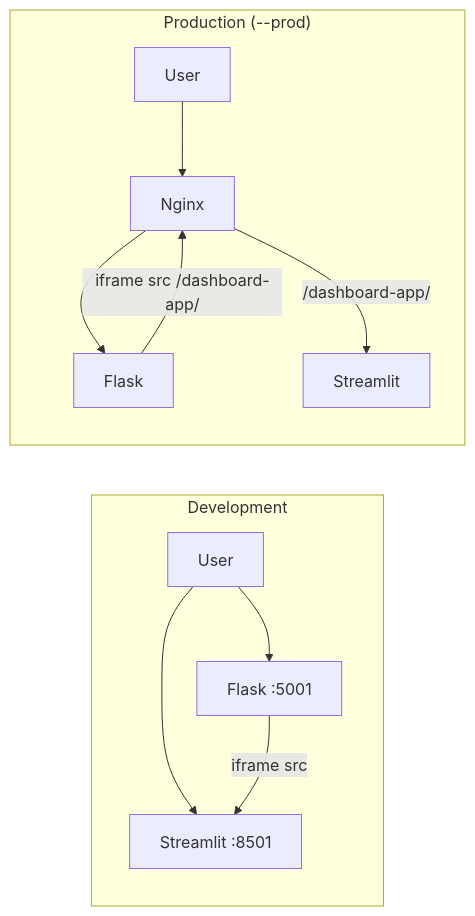
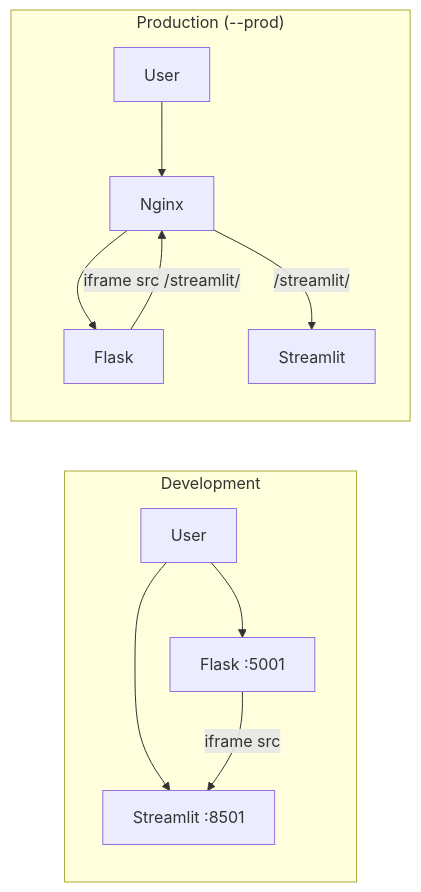
The seventh of 7 diagrams in docs/ARCHITECTURE_DIAGRAM.md (ramadlana/streamlit-starter), drawn with Mermaid before and after one commit. The commit also changed other lines of this file and 12 other files, not shown here.

Commit message:
refactor: Remove AGENTS.md, DESIGN_SYSTEM.md, FRAMEWORK_GUIDE.md, and SPECS.md; update README.md to reflect changes in architecture and environment setup, including new Streamlit proxy path and installation instructions.

````diff
--- a/docs/ARCHITECTURE_DIAGRAM.md
+++ b/docs/ARCHITECTURE_DIAGRAM.md
@@ -198,22 +198,22 @@
 ```mermaid
 flowchart LR
     subgraph dev["Development"]
         U1[User]
         F1[Flask :5001]
         S1[Streamlit :8501]
         U1 --> F1
         U1 --> S1
         F1 -->|iframe src| S1
     end
 
     subgraph prod["Production (--prod)"]
         U2[User]
         Nginx[Nginx]
         F2[Flask]
         S2[Streamlit]
         U2 --> Nginx
         Nginx --> F2
-        Nginx -->|/dashboard-app/| S2
-        F2 -->|iframe src /dashboard-app/| Nginx
+        Nginx -->|/streamlit/| S2
+        F2 -->|iframe src /streamlit/| Nginx
     end
 ```
````
